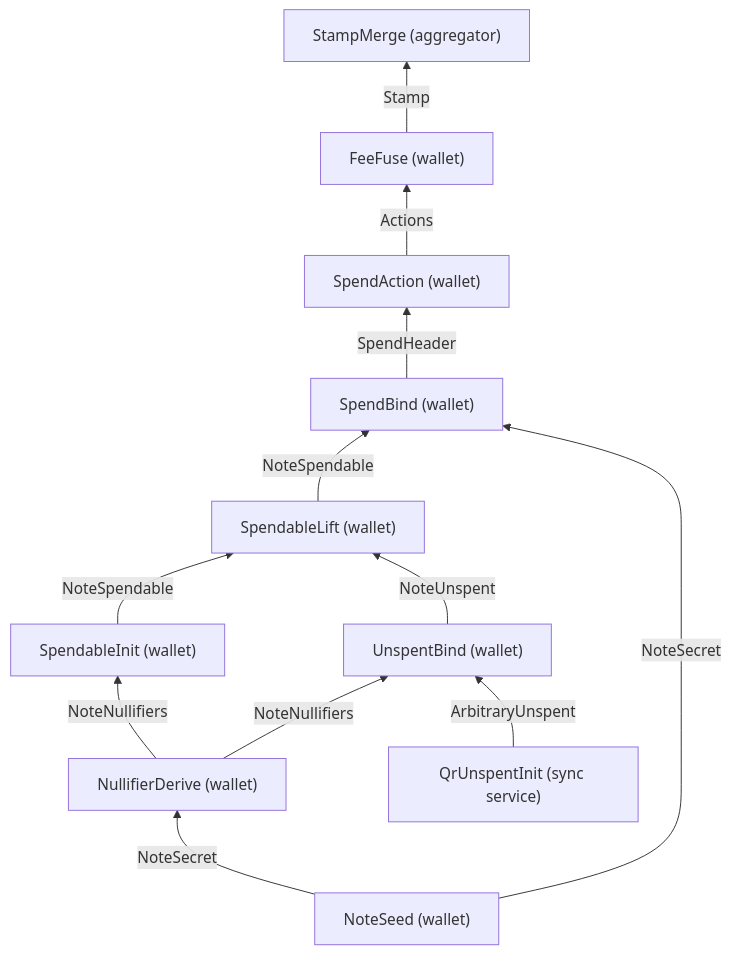
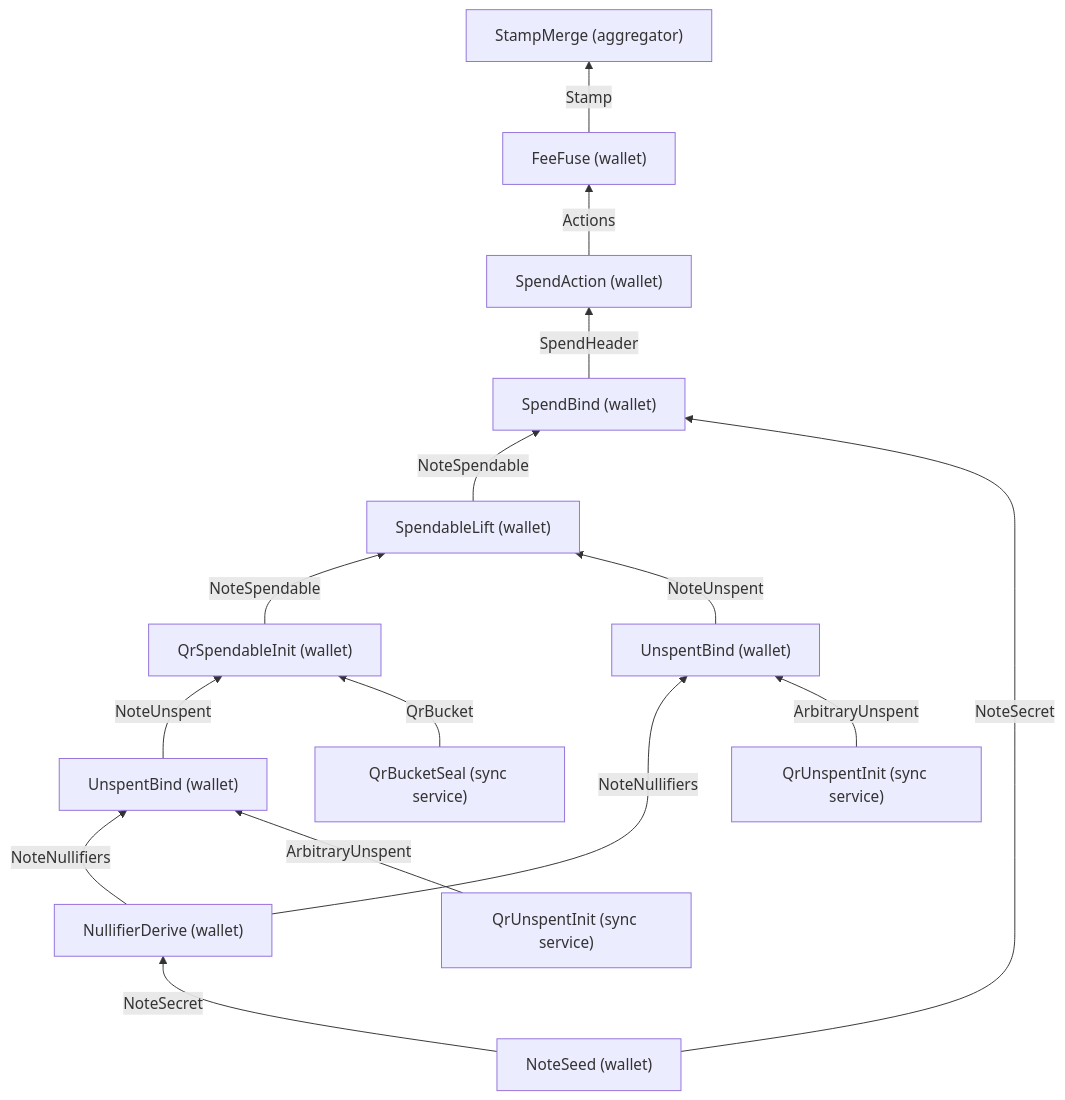
Before and after one commit to hhanh00/ragu-tachyon: the third of 3 diagrams in docs/pcd-intro.md, drawn with Mermaid. The commit also changed 28 other files, not shown here.

Commit message:
Draft chapters 18 to 23 and correct the chapter 02 proof graph

````diff
--- a/docs/pcd-intro.md
+++ b/docs/pcd-intro.md
@@ -421,14 +421,17 @@
 ```mermaid
 graph BT
     NS["NoteSeed (wallet)"] -->|NoteSecret| ND["NullifierDerive (wallet)"]
-    ND -->|NoteNullifiers| SI["SpendableInit (wallet)"]
+    ND -->|NoteNullifiers| UB0["UnspentBind (wallet)"]
+    QR0["QrUnspentInit (sync service)"] -->|ArbitraryUnspent| UB0
+    UB0 -->|NoteUnspent| QS["QrSpendableInit (wallet)"]
+    QB["QrBucketSeal (sync service)"] -->|QrBucket| QS
+    QS -->|NoteSpendable| SL["SpendableLift (wallet)"]
     ND -->|NoteNullifiers| UB["UnspentBind (wallet)"]
     QR["QrUnspentInit (sync service)"] -->|ArbitraryUnspent| UB
-    SI -->|NoteSpendable| SL["SpendableLift (wallet)"]
     UB -->|NoteUnspent| SL
     SL -->|NoteSpendable| SB["SpendBind (wallet)"]
     NS -->|NoteSecret| SB
     SB -->|SpendHeader| SA["SpendAction (wallet)"]
     SA -->|Actions| FF["FeeFuse (wallet)"]
     FF -->|Stamp| SM["StampMerge (aggregator)"]
 ```
````
